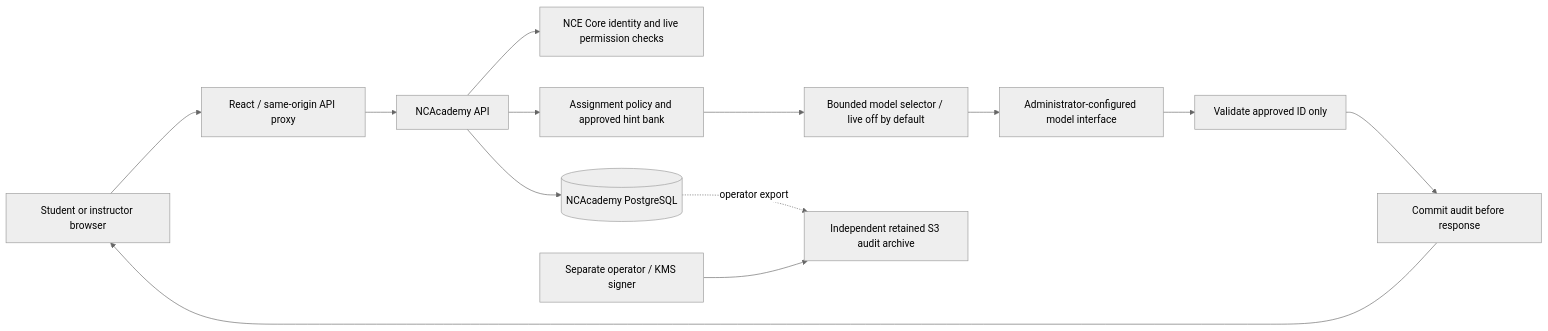
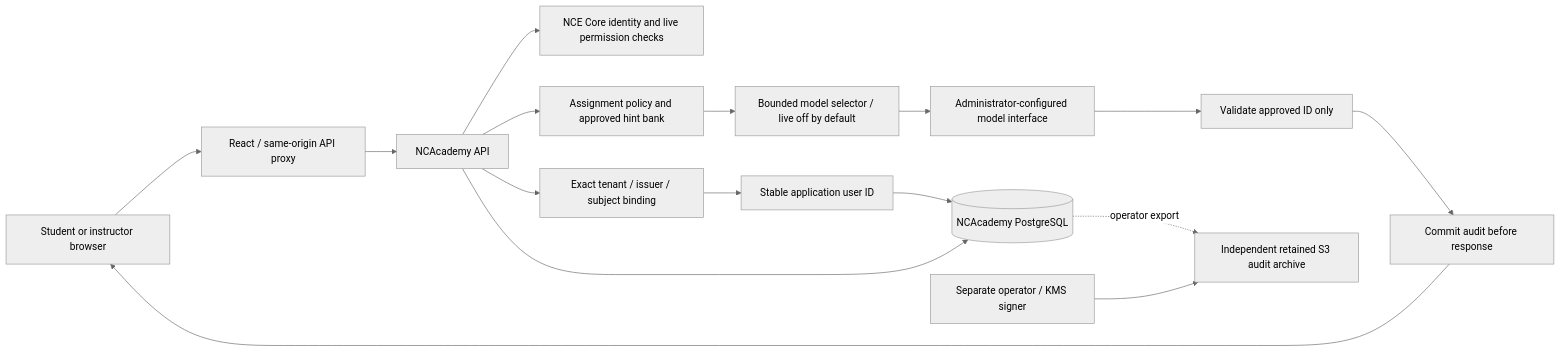
Before and after one commit to NorthCountryEngineer/NCAcademy: the diagram in docs/architecture.md, drawn with Mermaid (neutral theme). The commit also changed other lines of this file and 17 other files, not shown here.

````diff
--- a/docs/architecture.md
+++ b/docs/architecture.md
@@ -5,15 +5,18 @@
 ```mermaid
 flowchart LR
     Browser[Student or instructor browser] --> Web[React / same-origin API proxy]
     Web --> API[NCAcademy API]
     API --> Core[NCE Core identity and live permission checks]
+    API --> Identity[Exact tenant / issuer / subject binding]
+    Identity --> Owner[Stable application user ID]
+    Owner --> DB
     API --> DB[(NCAcademy PostgreSQL)]
     API --> Policy[Assignment policy and approved hint bank]
     Policy --> Gateway[Bounded model selector / live off by default]
     Gateway --> Provider[Administrator-configured model interface]
     Provider --> Gate[Validate approved ID only]
     Gate --> Audit[Commit audit before response]
     Audit --> Browser
     DB -. operator export .-> Archive[Independent retained S3 audit archive]
     Operator[Separate operator / KMS signer] --> Archive
 ```
````
